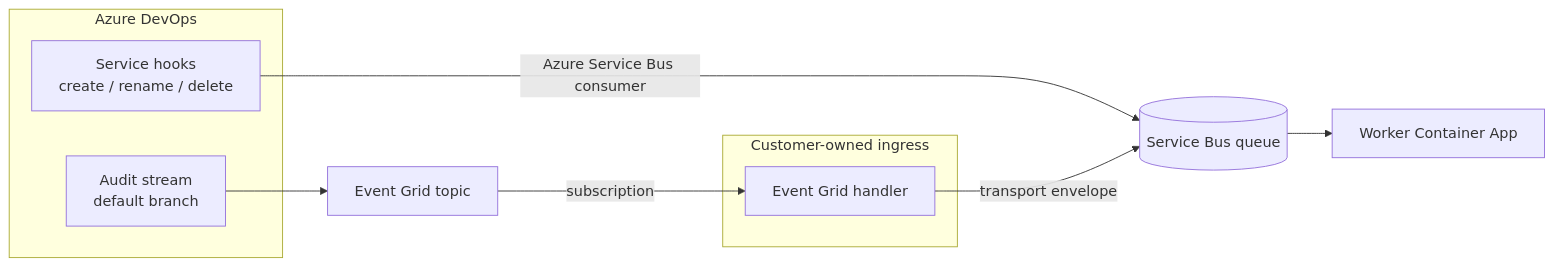
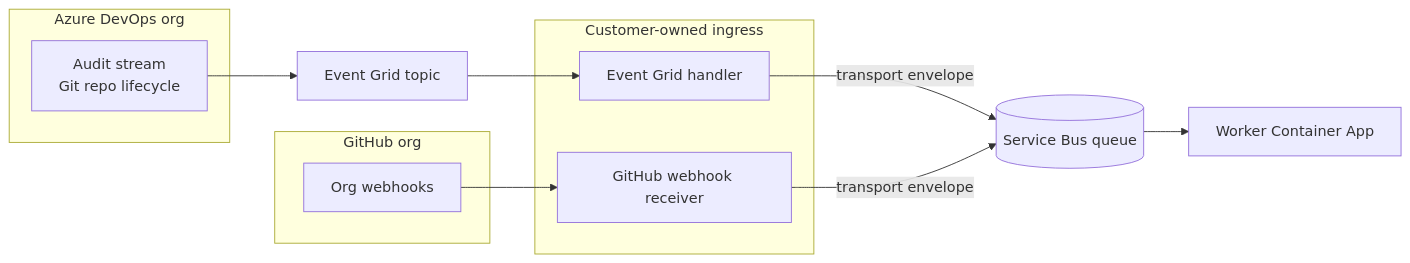
Before and after one commit to snyk-ps/snyk-repo-sync: the diagram in INGESTION.md, drawn with Mermaid. The commit also changed other lines of this file and 17 other files, not shown here.

Commit message:
feat: ado-audit-stream-only

````diff
--- a/INGESTION.md
+++ b/INGESTION.md
@@ -11,21 +11,26 @@
 ```mermaid
 flowchart LR
-  subgraph ado [Azure DevOps]
-    SH[Service hooks<br/>create / rename / delete]
-    AS[Audit stream<br/>default branch]
+  subgraph ado [Azure DevOps org]
+    AS[Audit stream<br/>Git repo lifecycle]
+  end
+
+  subgraph gh [GitHub org]
+    GHW[Org webhooks]
   end
 
   subgraph ingress [Customer-owned ingress]
+    GWR[GitHub webhook receiver]
     FN[Event Grid handler]
   end
 
   EG[Event Grid topic]
   SB[(Service Bus queue)]
   W[Worker Container App]
 
-  SH -->|Azure Service Bus consumer| SB
   AS --> EG
-  EG -->|subscription| FN
+  EG --> FN
+  GHW --> GWR
   FN -->|transport envelope| SB
+  GWR -->|transport envelope| SB
   SB --> W
 ```
````
